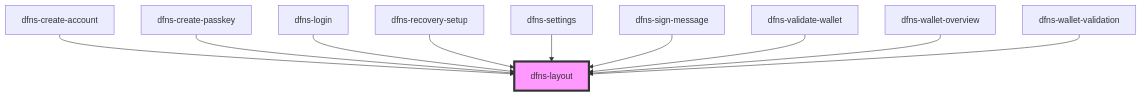
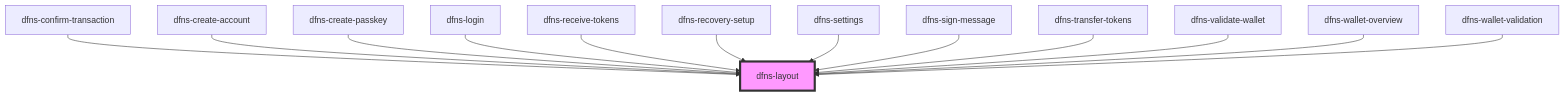
Before and after one commit to dfnsext/web-ui: the diagram in src/components/Materials/Templates/dfns-layout/readme.md, drawn with Mermaid. The commit also changed other lines of this file and 94 other files, not shown here.

````diff
--- a/src/components/Materials/Templates/dfns-layout/readme.md
+++ b/src/components/Materials/Templates/dfns-layout/readme.md
@@ -33,13 +34,16 @@
 ```mermaid
 graph TD;
+  dfns-confirm-transaction --> dfns-layout
   dfns-create-account --> dfns-layout
   dfns-create-passkey --> dfns-layout
   dfns-login --> dfns-layout
+  dfns-receive-tokens --> dfns-layout
   dfns-recovery-setup --> dfns-layout
   dfns-settings --> dfns-layout
   dfns-sign-message --> dfns-layout
+  dfns-transfer-tokens --> dfns-layout
   dfns-validate-wallet --> dfns-layout
   dfns-wallet-overview --> dfns-layout
   dfns-wallet-validation --> dfns-layout
   style dfns-layout fill:#f9f,stroke:#333,stroke-width:4px
 ```
````
